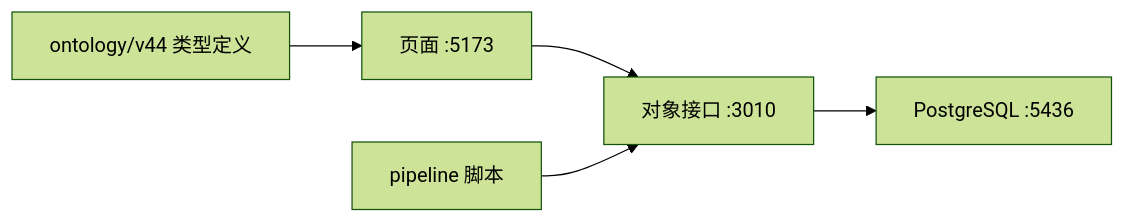
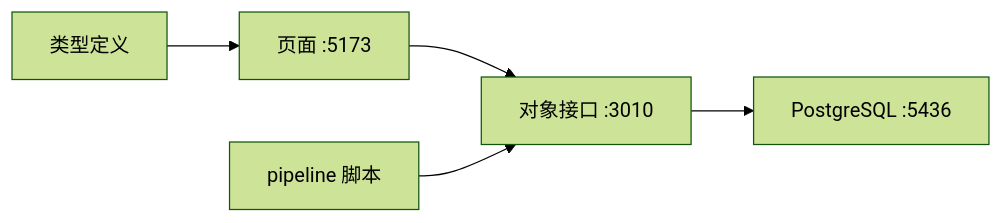
The diagram in README.md (AndersonWu2008/PalantirOntologyStudy), drawn with Mermaid (forest theme) before and after one commit. The commit also changed other lines of this file and 9 other files, not shown here.

````diff
--- a/README.md
+++ b/README.md
@@ -13,7 +13,7 @@
 ```mermaid
 flowchart LR
   page["页面 :5173"] --> api["对象接口 :3010"]
   api --> db["PostgreSQL :5436"]
   scripts["pipeline 脚本"] --> api
-  types["ontology/v44 类型定义"] --> page
+  types["类型定义"] --> page
 ```
````
